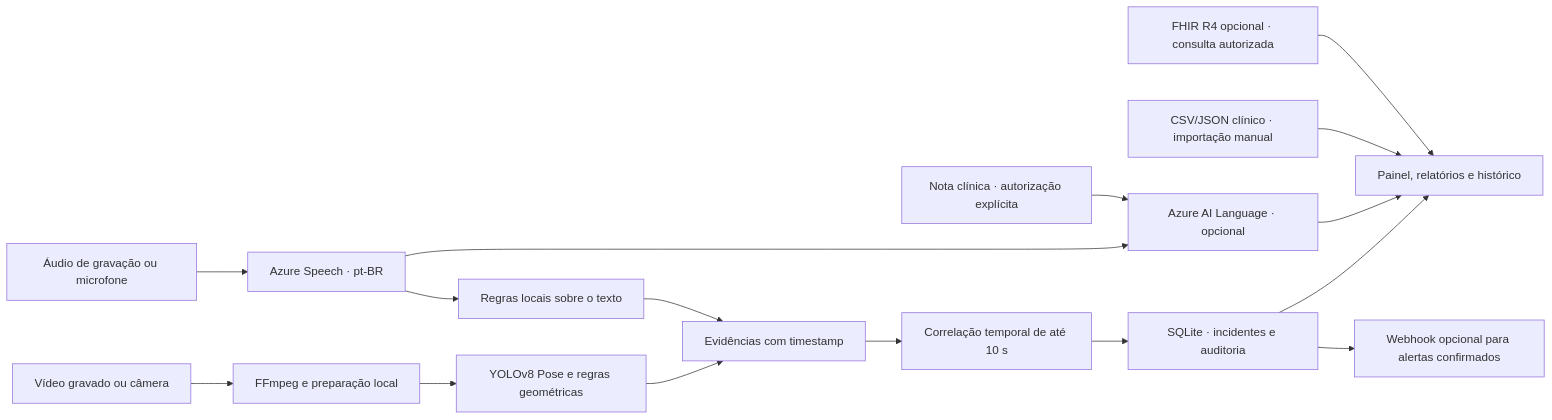
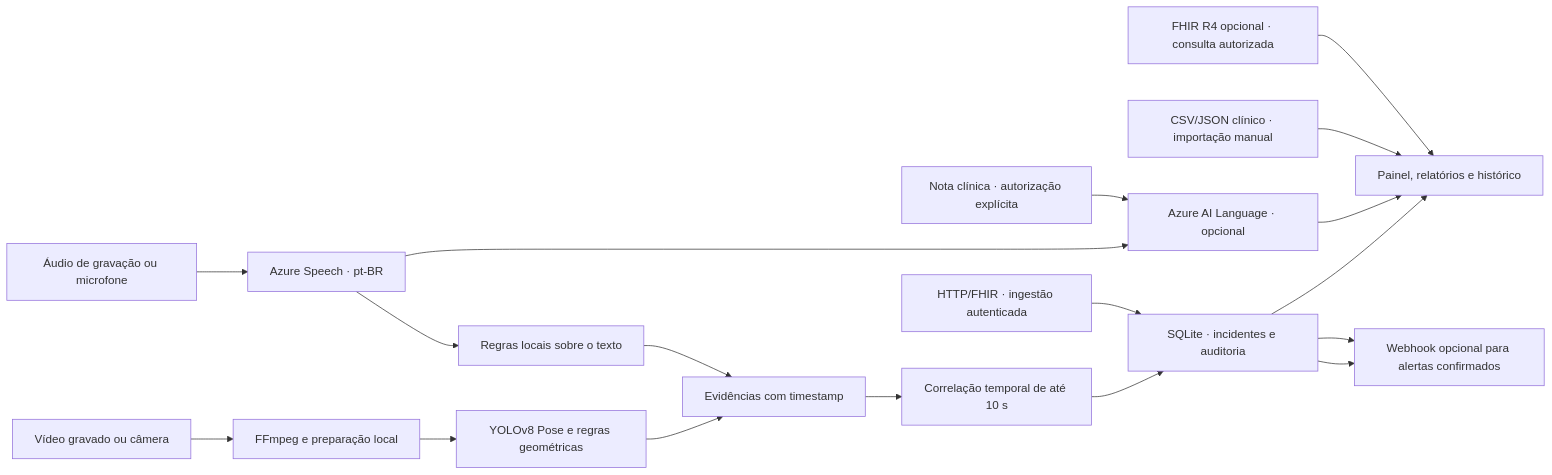
The diagram in docs/entrega.md (Etyonamine/Fiap_Pos_9AIDT_Fase_04_Monitoramento_multimodal_pacientes), drawn with Mermaid before and after one commit. The commit also changed other lines of this file and 29 other files, not shown here.

````diff
--- a/docs/entrega.md
+++ b/docs/entrega.md
@@ -52,18 +57,20 @@
 ```mermaid
 flowchart LR
     V["Vídeo gravado ou câmera"] --> F["FFmpeg e preparação local"]
     F --> Y["YOLOv8 Pose e regras geométricas"]
     A["Áudio de gravação ou microfone"] --> S["Azure Speech · pt-BR"]
     S --> R["Regras locais sobre o texto"]
     S --> L["Azure AI Language · opcional"]
     N["Nota clínica · autorização explícita"] --> L
     Y --> E["Evidências com timestamp"]
     R --> E
     E --> C["Correlação temporal de até 10 s"]
     C --> DB["SQLite · incidentes e auditoria"]
     DB --> UI["Painel, relatórios e histórico"]
     DB --> W["Webhook opcional para alertas confirmados"]
     L --> UI
     CSV["CSV/JSON clínico · importação manual"] --> UI
     FHIR["FHIR R4 opcional · consulta autorizada"] --> UI
+    FEED["HTTP/FHIR · ingestão autenticada"] --> DB
+    DB --> W
 ```
````
